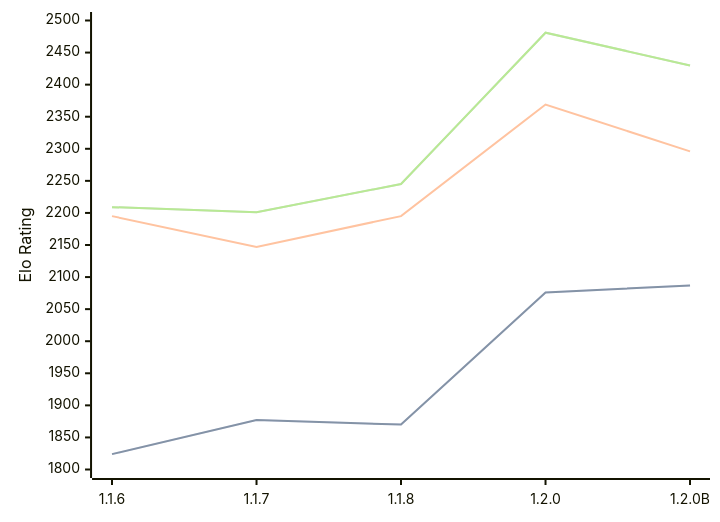
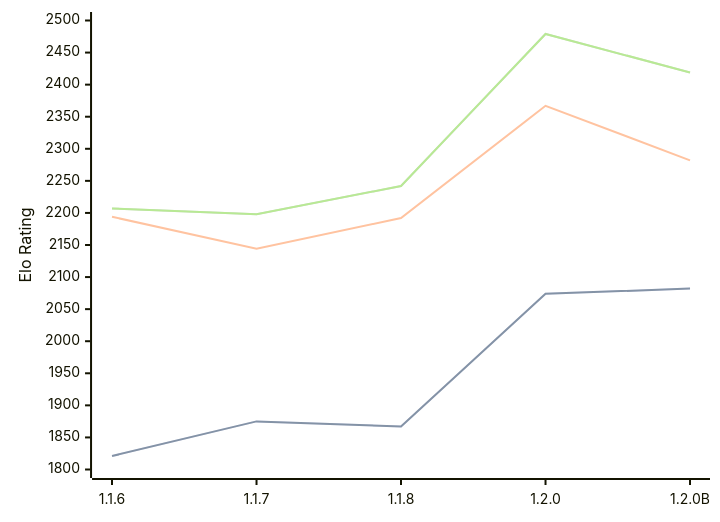
The diagram in engines/Soomi.md (computer-chess-index/cci), drawn with Mermaid before and after one commit. The commit also changed other lines of this file, not shown here.

Commit message:
Update CCI Ratings (ELO VLTC) - 2026-05-18

````diff
--- a/engines/Soomi.md
+++ b/engines/Soomi.md
@@ -35,11 +35,11 @@
 ```mermaid
 %%{init: {"theme":"base","themeVariables":{"seriesColors:['#a3a3a3','#222221','#faa371']}}}%%
 xychart-beta
   x-axis ["1.1.6", "1.1.7", "1.1.8", "1.2.0", "1.2.0B"]
   y-axis "Elo Rating" 1800 --> 2500
-  line "STC (8.0+0.08s)" [1824, 1877, 1870, 2076, 2087]
-  line "STC (8.0+0.08s)" [1824, 1877, 1870, 2076, 2087]
-  line "LTC (60.0+0.60s)" [2195, 2147, 2195, 2369, 2296]
-  line "VLTC (2m24s+1.12s)" [2209, 2201, 2245, 2481, 2430]
-  line "VLTC (2m24s+1.12s)" [2209, 2201, 2245, 2481, 2430]
+  line "STC (8.0+0.08s)" [1821, 1875, 1867, 2074, 2082]
+  line "STC (8.0+0.08s)" [1821, 1875, 1867, 2074, 2082]
+  line "LTC (60.0+0.60s)" [2194, 2144, 2192, 2367, 2282]
+  line "VLTC (2m24s+1.12s)" [2207, 2198, 2242, 2479, 2419]
+  line "VLTC (2m24s+1.12s)" [2207, 2198, 2242, 2479, 2419]
 ```
````
